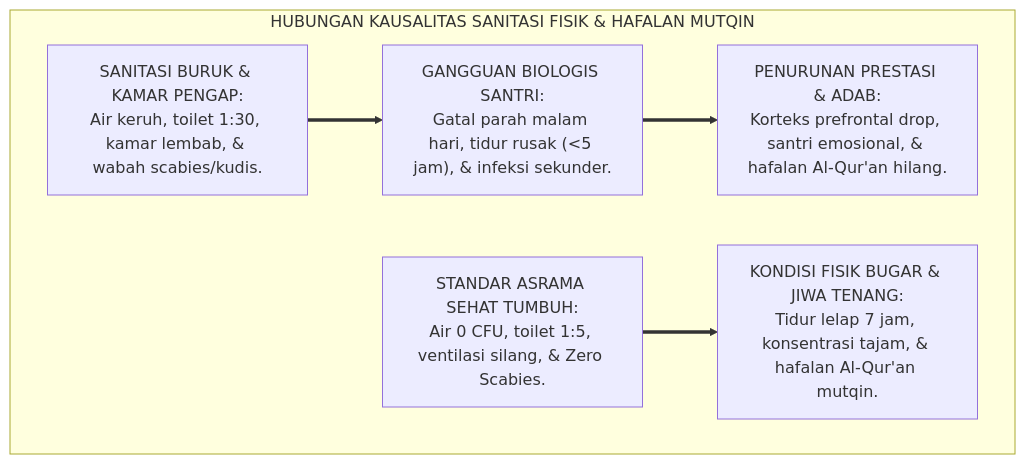
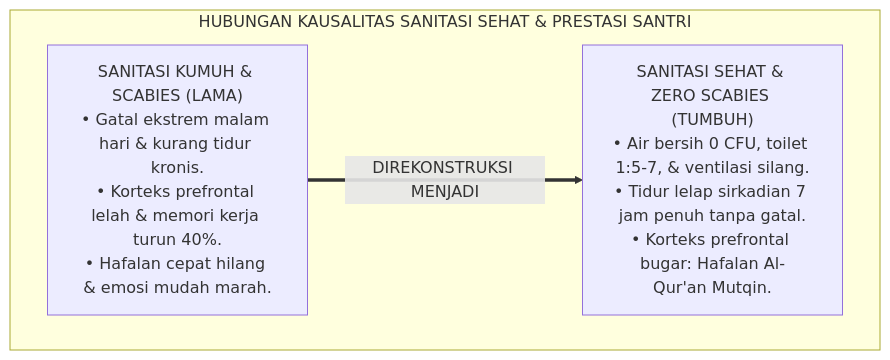
Before and after one commit to wandiapriliyandi/tumbuh: the first of 3 diagrams in 02 Principles/02 Design Principles/P2-02-05-Prinsip-Desain-Fasilitas-Sanitasi-dan-Kenyamanan-Termal-Asrama.md, drawn with Mermaid. The commit also changed other lines of this file and 7 other files, not shown here.

````diff
--- a/02 Principles/02 Design Principles/P2-02-05-Prinsip-Desain-Fasilitas-Sanitasi-dan-Kenyamanan-Termal-Asrama.md
+++ b/02 Principles/02 Design Principles/P2-02-05-Prinsip-Desain-Fasilitas-Sanitasi-dan-Kenyamanan-Termal-Asrama.md
@@ -58,17 +56,10 @@
 ```mermaid
 flowchart TD
-    subgraph DampakSanitasiTerhadapHafalanSantri["HUBUNGAN KAUSALITAS SANITASI FISIK & HAFALAN MUTQIN"]
-        FasilitasBuruk["SANITASI BURUK & KAMAR PENGAP:<br/>Air keruh, toilet 1:30, kamar lembab, & wabah scabies/kudis."]
+    subgraph KausalitasSanitasiHafalan["HUBUNGAN KAUSALITAS SANITASI SEHAT & PRESTASI SANTRI"]
+        SanitasiBuruk["SANITASI KUMUH & SCABIES (LAMA)<br/>• Gatal ekstrem malam hari & kurang tidur kronis.<br/>• Korteks prefrontal lelah & memori kerja turun 40%.<br/>• Hafalan cepat hilang & emosi mudah marah."]
         
-        DistresBiologis["GANGGUAN BIOLOGIS SANTRI:<br/>Gatal parah malam hari, tidur rusak (<5 jam), & infeksi sekunder."]
+        SanitasiTUMBUH["SANITASI SEHAT & ZERO SCABIES (TUMBUH)<br/>• Air bersih 0 CFU, toilet 1:5-7, & ventilasi silang.<br/>• Tidur lelap sirkadian 7 jam penuh tanpa gatal.<br/>• Korteks prefrontal bugar: Hafalan Al-Qur'an Mutqin."]
         
-        PenurunanKognisi["PENURUNAN PRESTASI & ADAB:<br/>Korteks prefrontal drop, santri emosional, & hafalan Al-Qur'an hilang."]
-        
-        FasilitasSehat["STANDAR ASRAMA SEHAT TUMBUH:<br/>Air 0 CFU, toilet 1:5, ventilasi silang, & Zero Scabies."]
-        
-        KebugaranPrima["KONDISI FISIK BUGAR & JIWA TENANG:<br/>Tidur lelap 7 jam, konsentrasi tajam, & hafalan Al-Qur'an mutqin."]
-        
-        FasilitasBuruk ==> DistresBiologis ==> PenurunanKognisi
-        FasilitasSehat ==> KebugaranPrima
+        SanitasiBuruk ==>|DIREKONSTRUKSI MENJADI| SanitasiTUMBUH
     end
 ```
````
